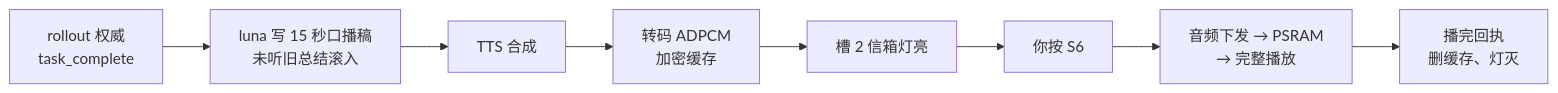
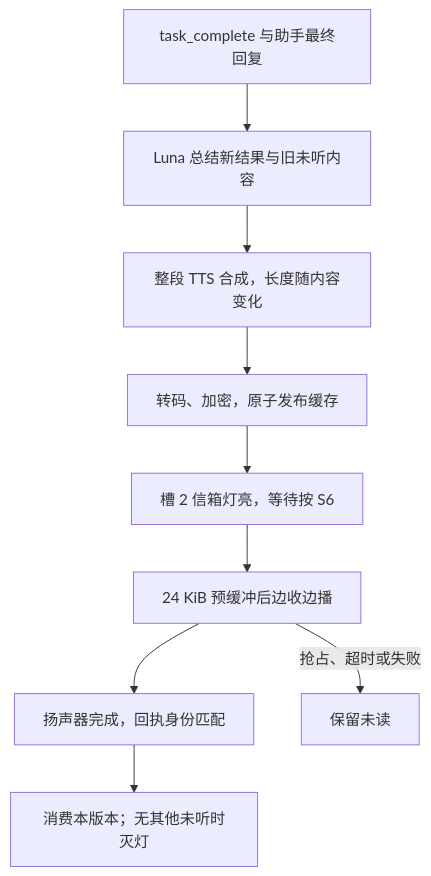
Before and after one commit to Larkspur-Wang/Codex_Keyboard: the diagram in projects/feishu_tutorial_20260817/boards/wb14_听回来.mmd, drawn with Mermaid. The commit also changed 87 other files, not shown here.

```diff
--- a/projects/feishu_tutorial_20260817/boards/wb14_听回来.mmd
+++ b/projects/feishu_tutorial_20260817/boards/wb14_听回来.mmd
@@ -1,2 +1,9 @@
-flowchart LR
-    A["rollout 权威<br/>task_complete"] --> B["luna 写 15 秒口播稿<br/>未听旧总结滚入"] --> C["TTS 合成"] --> D["转码 ADPCM<br/>加密缓存"] --> E["槽 2 信箱灯亮"] --> F["你按 S6"] --> G["音频下发 → PSRAM<br/>→ 完整播放"] --> H["播完回执<br/>删缓存、灯灭"]
+flowchart TD
+    A["task_complete 与助手最终回复"] --> B["Luna 总结新结果与旧未听内容"]
+    B --> C["整段 TTS 合成，长度随内容变化"]
+    C --> D["转码、加密，原子发布缓存"]
+    D --> E["槽 2 信箱灯亮，等待按 S6"]
+    E --> F["24 KiB 预缓冲后边收边播"]
+    F --> G["扬声器完成，回执身份匹配"]
+    G --> H["消费本版本；无其他未听时灭灯"]
+    F -->|"抢占、超时或失败"| R["保留未读"]
```
